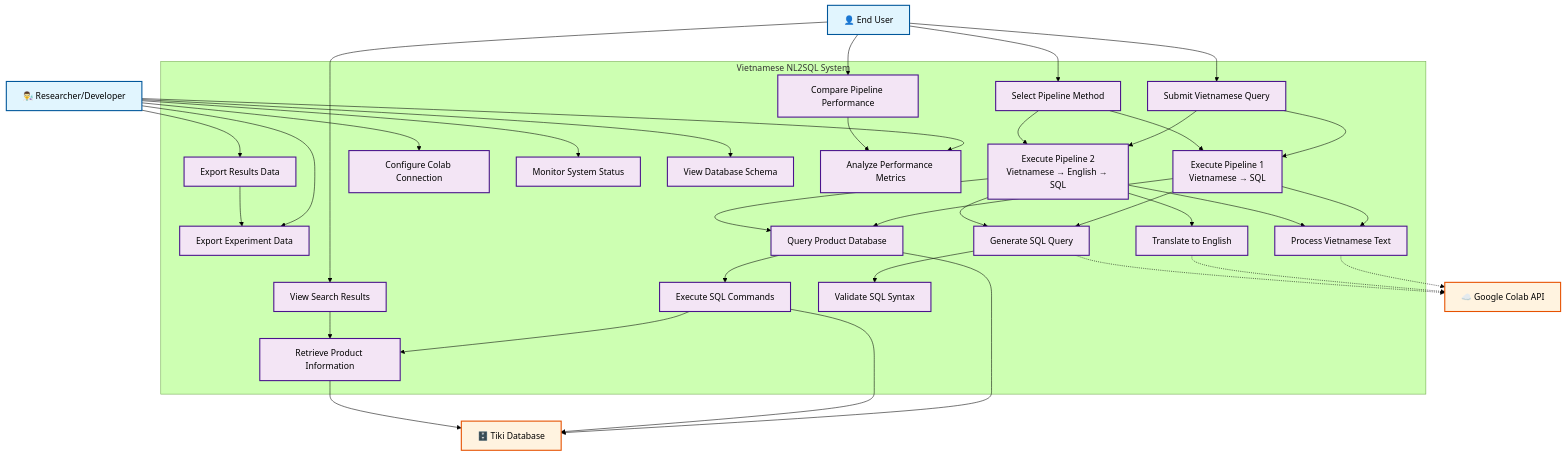
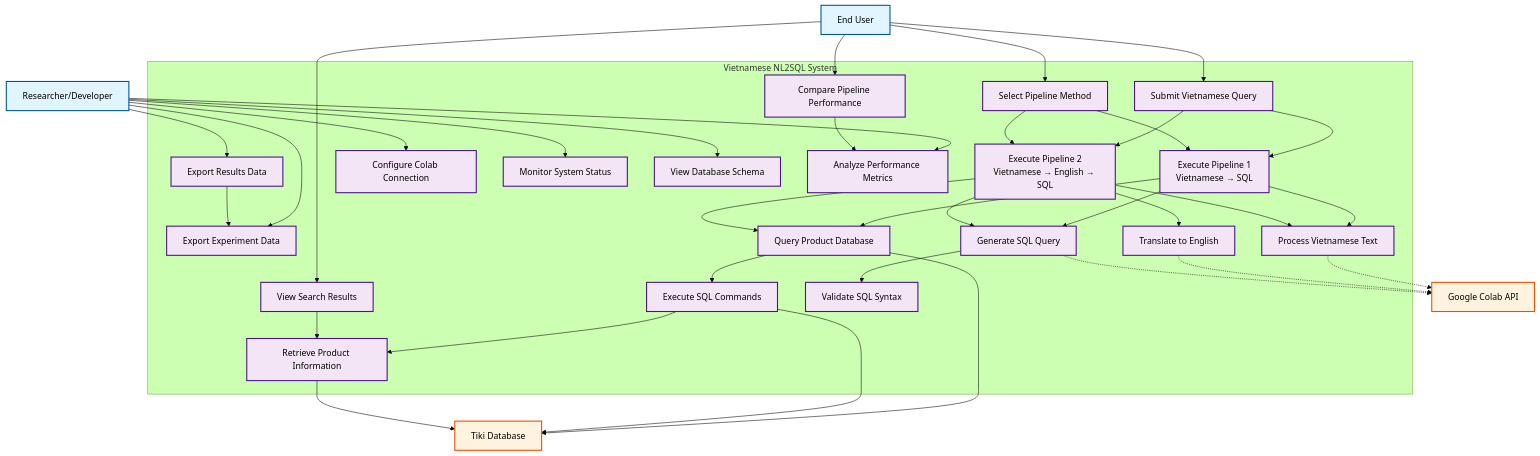
The diagram in thesis/diagram/use_case_diagram.md (Thodd00572/mse_thodd_vietnamese-nl2sql-thesis), drawn with Mermaid (forest theme) before and after one commit. The commit also changed 20 other files, not shown here.

````diff
--- a/thesis/diagram/use_case_diagram.md
+++ b/thesis/diagram/use_case_diagram.md
@@ -5,10 +5,10 @@
 ```mermaid
 graph TB
     %% Actors
-    User[👤 End User]
-    Researcher[👨‍🔬 Researcher/Developer]
-    ColabAPI[☁️ Google Colab API]
-    Database[🗄️ Tiki Database]
+    User[End User]
+    Researcher[Researcher/Developer]
+    ColabAPI[Google Colab API]
+    Database[Tiki Database]
     
     %% System Boundary
     subgraph "Vietnamese NL2SQL System"
````
